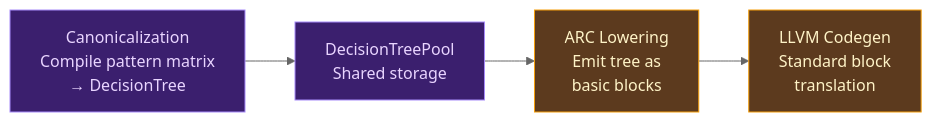
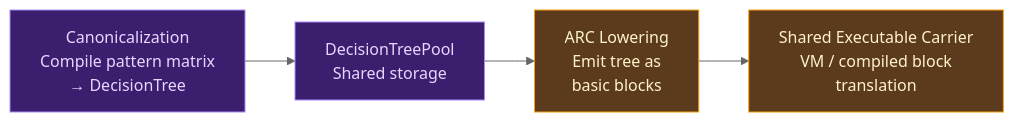
The diagram in docs/compiler/design/09-aims/decision-trees.md (upstat-io/ori-lang), drawn with Mermaid (neutral theme) before and after one commit. The commit also changed other lines of this file and 686 other files, not shown here.

````diff
--- a/docs/compiler/design/09-aims/decision-trees.md
+++ b/docs/compiler/design/09-aims/decision-trees.md
@@ -49,19 +49,19 @@
 ```mermaid
 flowchart LR
     Canon["Canonicalization
     Compile pattern matrix
     → DecisionTree"] --> Pool["DecisionTreePool
     Shared storage"]
     Pool --> Emit["ARC Lowering
     Emit tree as
     basic blocks"]
-    Emit --> LLVM["LLVM Codegen
-    Standard block
+    Emit --> Exec["Shared Executable Carrier
+    VM / compiled block
     translation"]
 
     classDef canon fill:#3b1f6e,stroke:#a78bfa,color:#e9d5ff
     classDef native fill:#5c3a1e,stroke:#f59e0b,color:#fef3c7
 
     class Canon,Pool canon
-    class Emit,LLVM native
+    class Emit,Exec native
 ```
````
